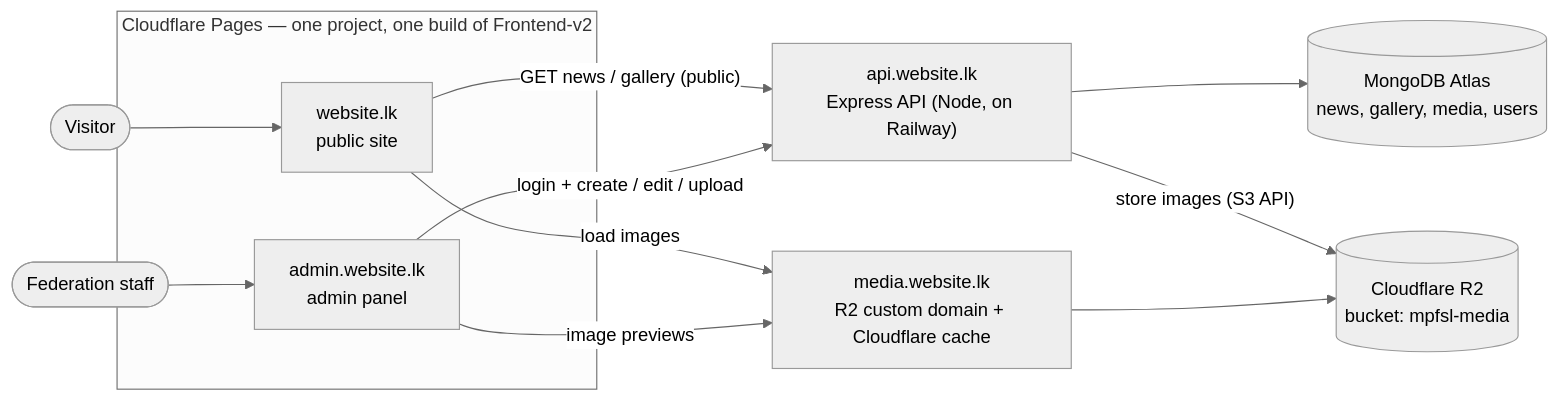
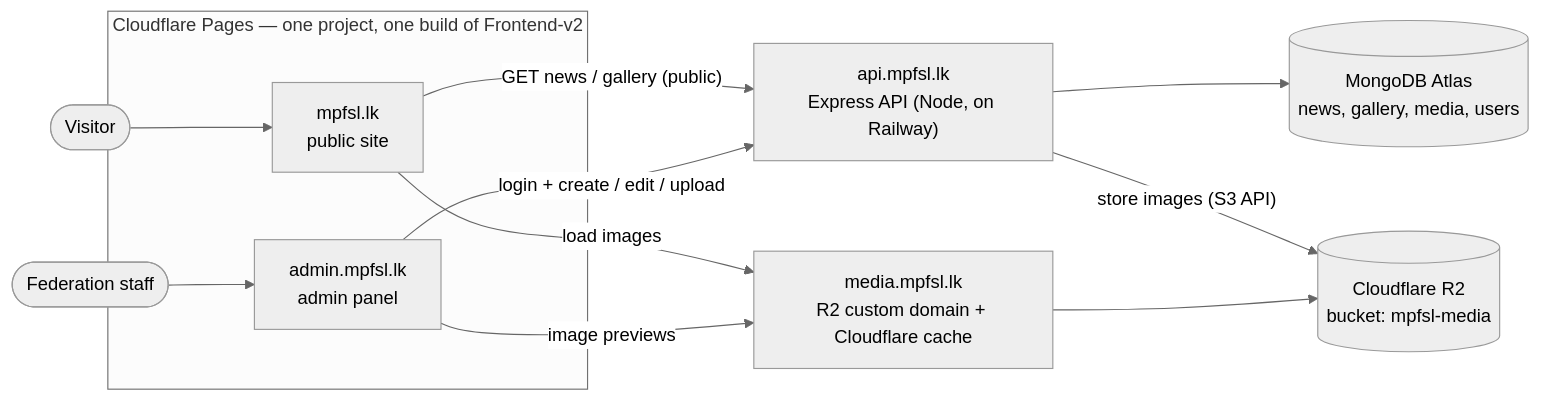
The diagram in documentation/architecture.md (iroshansam78/MPFSL), drawn with Mermaid (neutral theme) before and after one commit. The commit also changed other lines of this file and 29 other files, not shown here.

````diff
--- a/documentation/architecture.md
+++ b/documentation/architecture.md
@@ -5,20 +5,20 @@
 ```mermaid
 flowchart LR
-  visitor([Visitor]) --> site["website.lk<br/>public site"]
-  staff([Federation staff]) --> admin["admin.website.lk<br/>admin panel"]
+  visitor([Visitor]) --> site["mpfsl.lk<br/>public site"]
+  staff([Federation staff]) --> admin["admin.mpfsl.lk<br/>admin panel"]
 
   subgraph pages["Cloudflare Pages — one project, one build of Frontend-v2"]
     site
     admin
   end
 
-  site -- "GET news / gallery (public)" --> api["api.website.lk<br/>Express API (Node, on Railway)"]
+  site -- "GET news / gallery (public)" --> api["api.mpfsl.lk<br/>Express API (Node, on Railway)"]
   admin -- "login + create / edit / upload" --> api
 
   api --> db[("MongoDB Atlas<br/>news, gallery, media, users")]
   api -- "store images (S3 API)" --> r2[("Cloudflare R2<br/>bucket: mpfsl-media")]
 
-  site -- "load images" --> cdn["media.website.lk<br/>R2 custom domain + Cloudflare cache"]
+  site -- "load images" --> cdn["media.mpfsl.lk<br/>R2 custom domain + Cloudflare cache"]
   admin -- "image previews" --> cdn
   cdn --> r2
 ```
````
